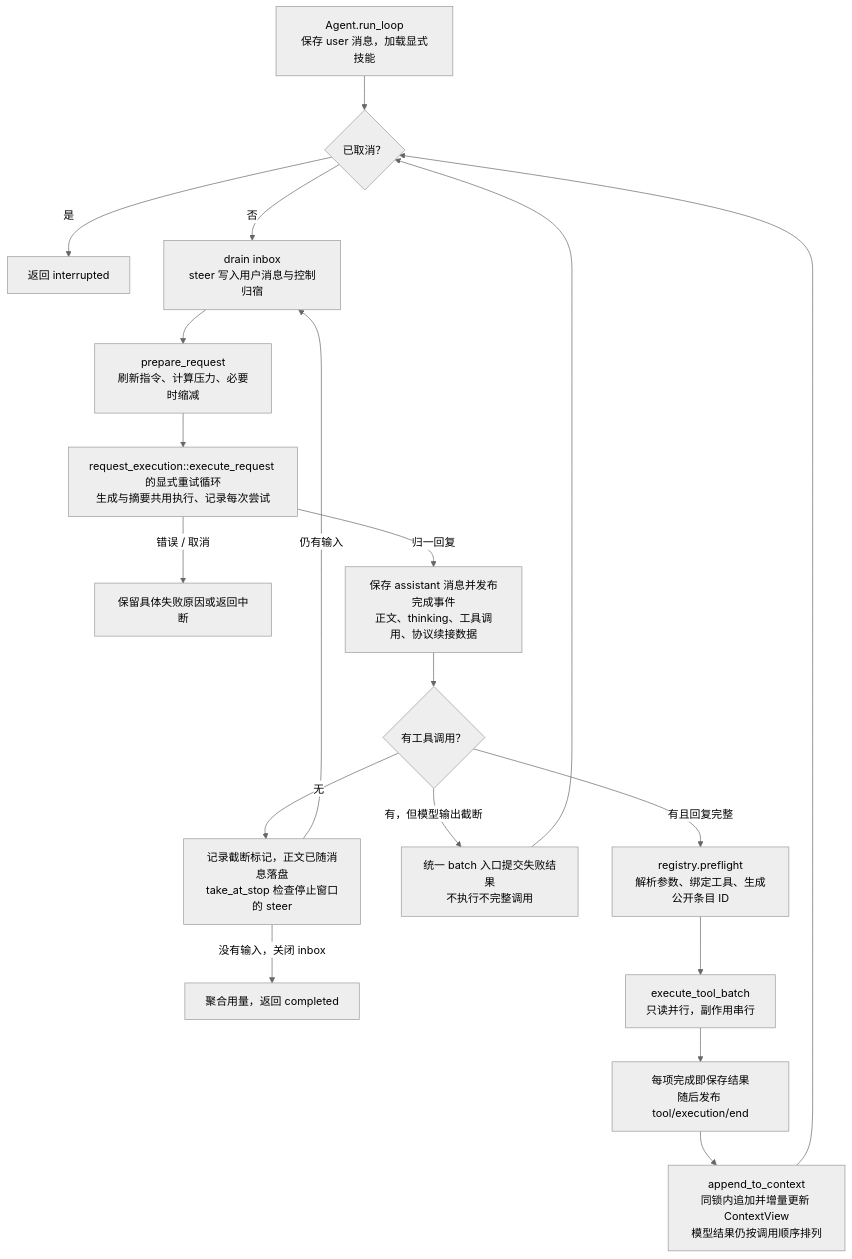
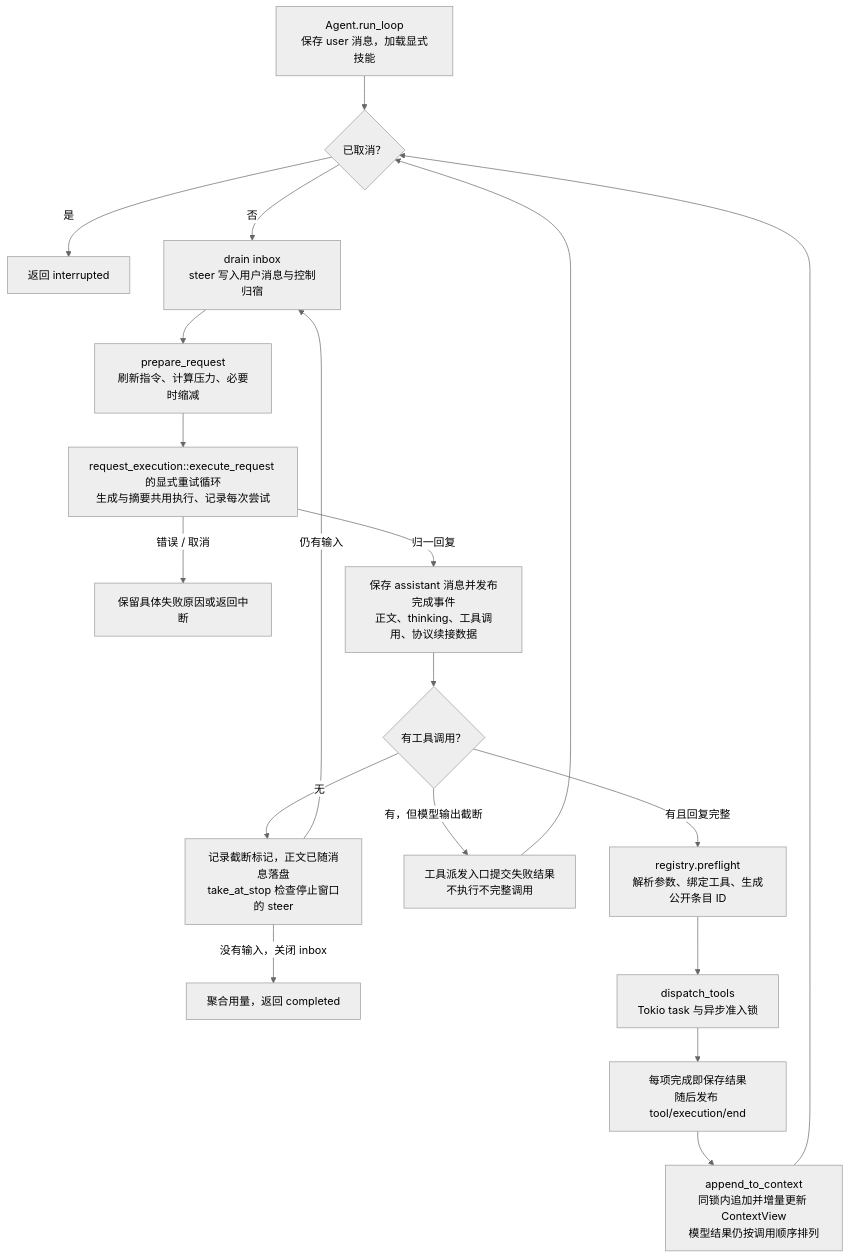
Before and after one commit to qjcnmd/singularity-agent: diagram 14 of 29 in docs/architecture.md, drawn with Mermaid (neutral theme). The commit also changed other lines of this file and 63 other files, not shown here.

````diff
--- a/docs/architecture.md
+++ b/docs/architecture.md
@@ -383,21 +383,21 @@
 ```mermaid
 flowchart TB
     Input["Agent.run_loop<br/>保存 user 消息，加载显式技能"] --> Cancel{"已取消？"}
     Cancel -->|"是"| Abort["返回 interrupted"]
     Cancel -->|"否"| Inbox["drain inbox<br/>steer 写入用户消息与控制归宿"]
     Inbox --> Prepare["prepare_request<br/>刷新指令、计算压力、必要时缩减"]
     Prepare --> Request["request_execution::execute_request 的显式重试循环<br/>生成与摘要共用执行、记录每次尝试"]
     Request -->|"错误 / 取消"| Failure["保留具体失败原因或返回中断"]
     Request -->|"归一回复"| Assistant["保存 assistant 消息并发布完成事件<br/>正文、thinking、工具调用、协议续接数据"]
     Assistant --> Calls{"有工具调用？"}
     Calls -->|"无"| Stop["记录截断标记，正文已随消息落盘<br/>take_at_stop 检查停止窗口的 steer"]
     Stop -->|"仍有输入"| Inbox
     Stop -->|"没有输入，关闭 inbox"| Completed["聚合用量，返回 completed"]
-    Calls -->|"有，但模型输出截断"| Truncated["统一 batch 入口提交失败结果<br/>不执行不完整调用"]
+    Calls -->|"有，但模型输出截断"| Truncated["工具派发入口提交失败结果<br/>不执行不完整调用"]
     Truncated --> Cancel
     Calls -->|"有且回复完整"| Preflight["registry.preflight<br/>解析参数、绑定工具、生成公开条目 ID"]
-    Preflight --> Batch["execute_tool_batch<br/>只读并行，副作用串行"]
-    Batch --> Results["每项完成即保存结果<br/>随后发布 tool/execution/end"]
+    Preflight --> Dispatch["dispatch_tools<br/>Tokio task 与异步准入锁"]
+    Dispatch --> Results["每项完成即保存结果<br/>随后发布 tool/execution/end"]
     Results --> Context["append_to_context<br/>同锁内追加并增量更新 ContextView<br/>模型结果仍按调用顺序排列"]
     Context --> Cancel
 ```
````
